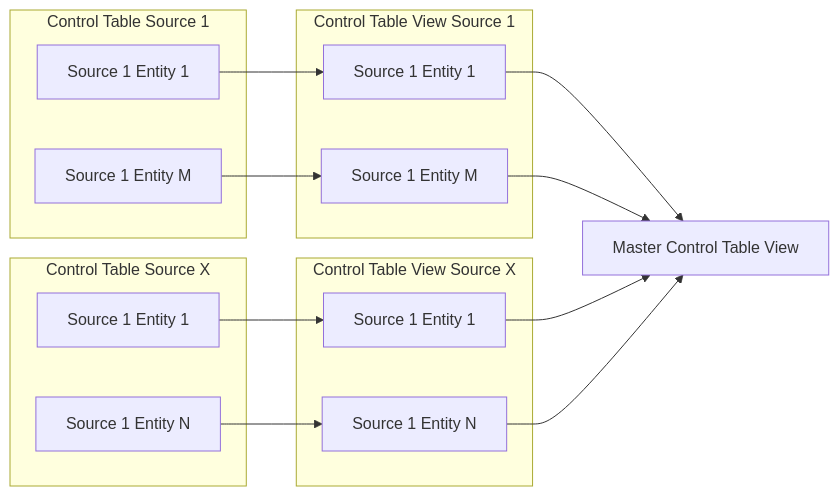
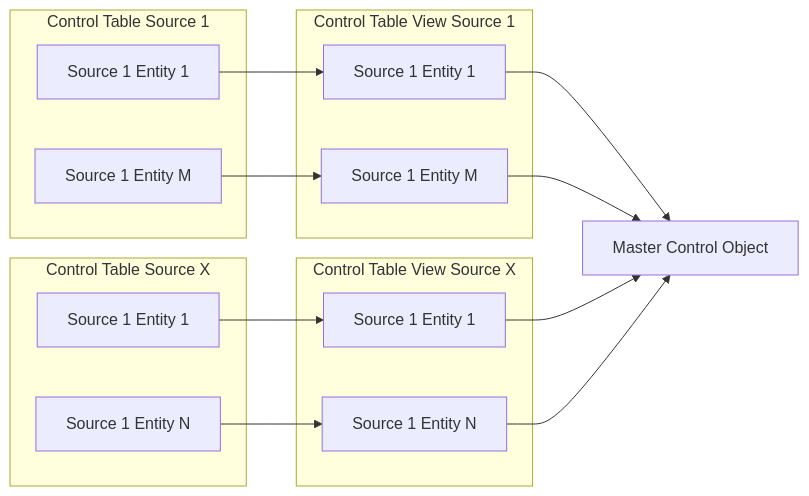
The fourth of 4 diagrams in README.md (advantage-point/advantage-point-ingest), drawn with Mermaid before and after one commit. The commit also changed other lines of this file, not shown here.

````diff
--- a/README.md
+++ b/README.md
@@ -178,31 +178,31 @@
 ```mermaid
 graph LR
 
 subgraph control_table_source_1[Control Table Source 1]
     control_table_source_1_entity_1[Source 1 Entity 1]
     control_table_source_1_entity_M[Source 1 Entity M]
 end
 
 subgraph control_table_view_source_1[Control Table View Source 1]
     control_table_view_source_1_entity_1[Source 1 Entity 1]
     control_table_view_source_1_entity_M[Source 1 Entity M]
 end
 
 subgraph control_table_source_X[Control Table Source X]
     control_table_source_X_entity_1[Source 1 Entity 1]
     control_table_source_X_entity_N[Source 1 Entity N]
 end
 
 subgraph control_table_view_source_X[Control Table View Source X]
     control_table_view_source_X_entity_1[Source 1 Entity 1]
     control_table_view_source_X_entity_N[Source 1 Entity N]
 end
 
 
-control_table_view_master[Master Control Table View]
+control_object_master[Master Control Object]
 
-control_table_source_1_entity_1 --> control_table_view_source_1_entity_1 --> control_table_view_master
-control_table_source_1_entity_M --> control_table_view_source_1_entity_M --> control_table_view_master
-control_table_source_X_entity_1 --> control_table_view_source_X_entity_1 --> control_table_view_master
-control_table_source_X_entity_N --> control_table_view_source_X_entity_N --> control_table_view_master
+control_table_source_1_entity_1 --> control_table_view_source_1_entity_1 --> control_object_master
+control_table_source_1_entity_M --> control_table_view_source_1_entity_M --> control_object_master
+control_table_source_X_entity_1 --> control_table_view_source_X_entity_1 --> control_object_master
+control_table_source_X_entity_N --> control_table_view_source_X_entity_N --> control_object_master
 ```
````
